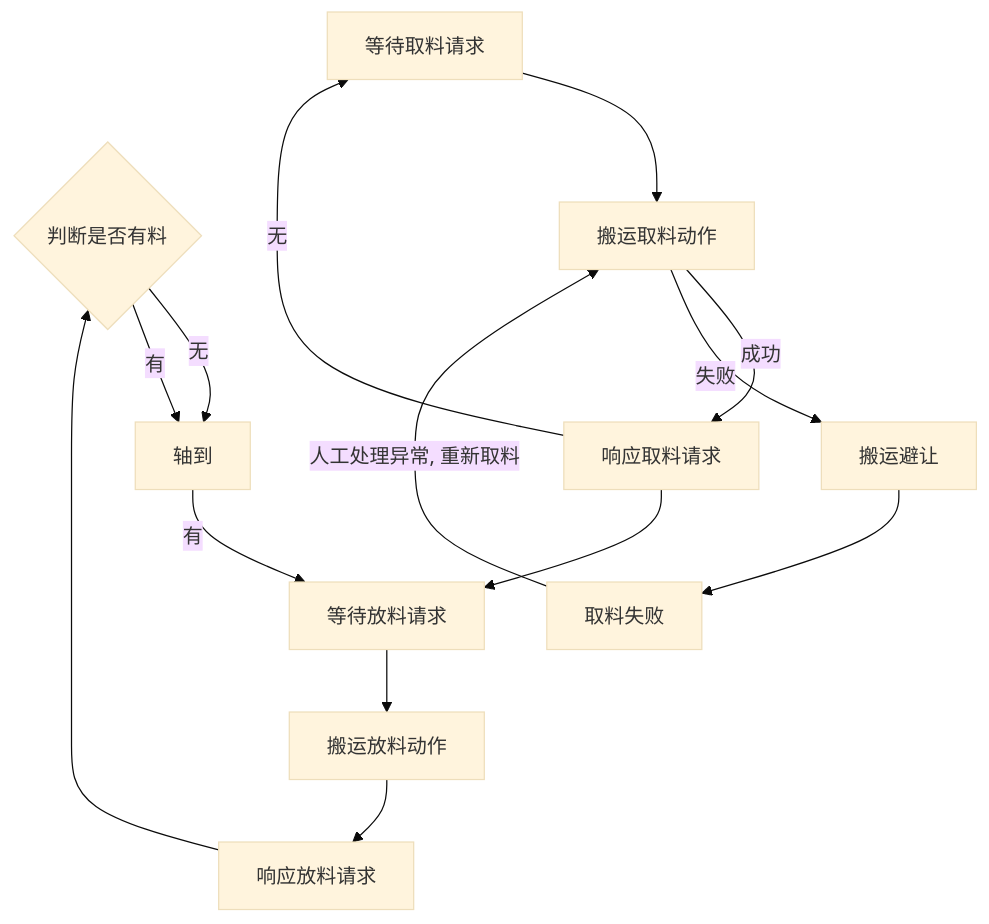
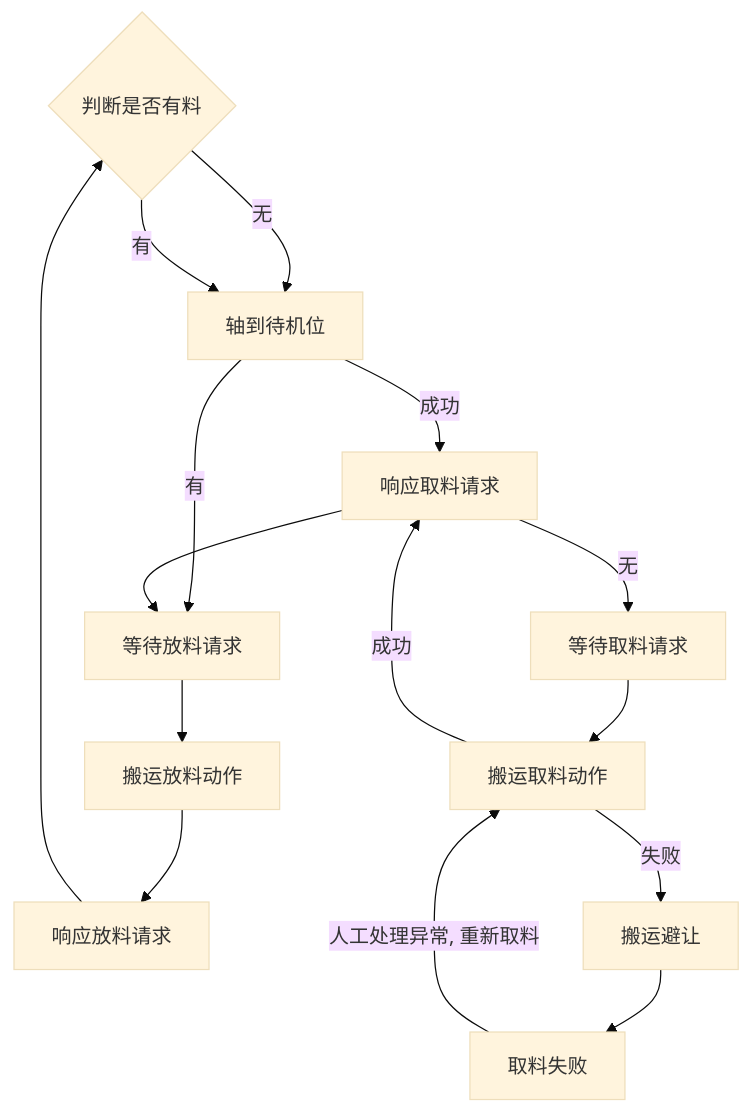
The diagram in all/OP10 自动流程.md (PengKun1/iodraw-files), drawn with Mermaid (base theme) before and after one commit.

Commit message:
2024-08-02 10:56:00 update

````diff
--- a/all/OP10 自动流程.md
+++ b/all/OP10 自动流程.md
@@ -1,19 +1,19 @@
 ```mermaid
 graph TD
 10{判断是否有料}-->|无|20
 10-->|有|20
-20[轴到]
+20[轴到待机位]-->|成功|50
 50{是否焊接完成}-->|无|30
 20-->|有|60
 30[等待取料请求]-->40
 40[搬运取料动作]-->|成功|50
 40-->|失败|90
 50[响应取料请求]-->60
 60[等待放料请求]-->70
 70[搬运放料动作]-->80
 80[响应放料请求]-->10
 
 90[搬运避让]-->900
 
 900[取料失败]-->|人工处理异常, 重新取料|40
 ```
````
